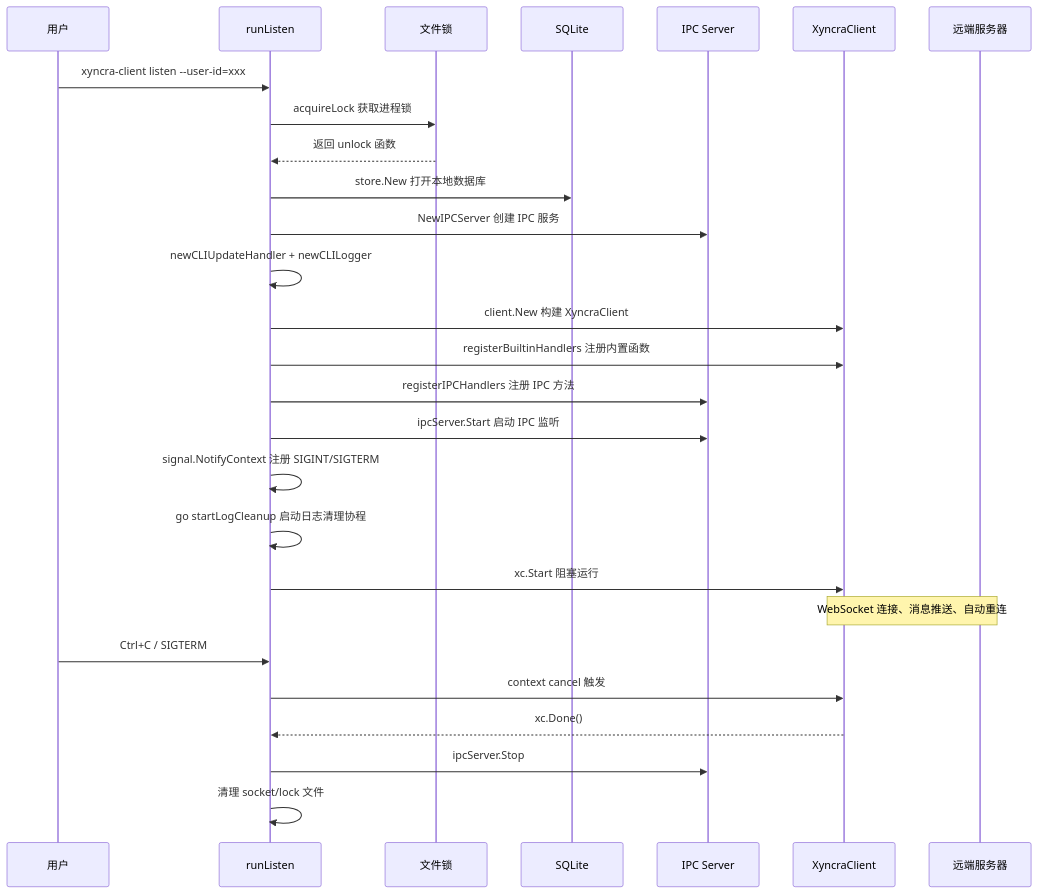
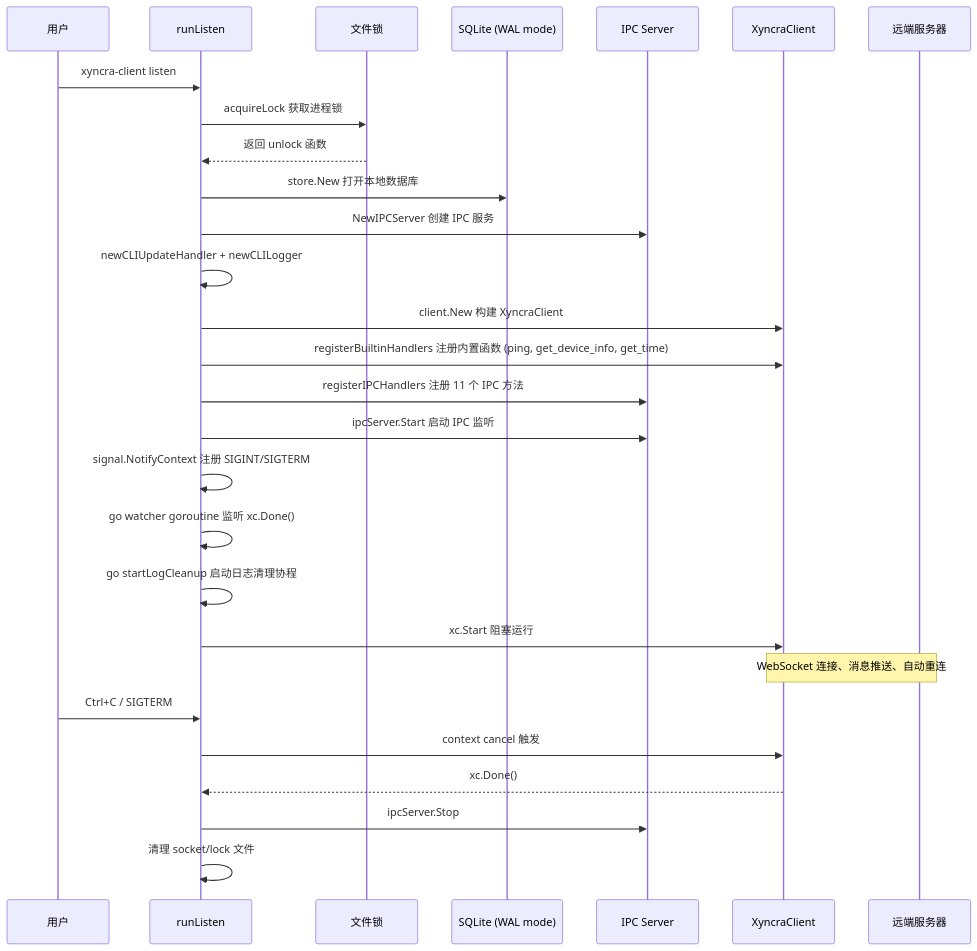
One commit to PineappleBond/xyncra-server changed the fourth of 14 diagrams in wiki/flows/cli-observability.md. Above: the diagram before and after it, drawn with Mermaid. The commit also changed other lines of this file and 21 other files, not shown here.

````diff
--- a/wiki/flows/cli-observability.md
+++ b/wiki/flows/cli-observability.md
@@ -147,32 +144,33 @@
 ```mermaid
 sequenceDiagram
     participant User as 用户
     participant CLI as runListen
     participant Lock as 文件锁
-    participant DB as SQLite
+    participant DB as SQLite (WAL mode)
     participant IPC as IPC Server
     participant Client as XyncraClient
     participant Server as 远端服务器
 
-    User->>CLI: xyncra-client listen --user-id=xxx
+    User->>CLI: xyncra-client listen
     CLI->>Lock: acquireLock 获取进程锁
     Lock-->>CLI: 返回 unlock 函数
     CLI->>DB: store.New 打开本地数据库
     CLI->>IPC: NewIPCServer 创建 IPC 服务
     CLI->>CLI: newCLIUpdateHandler + newCLILogger
     CLI->>Client: client.New 构建 XyncraClient
-    CLI->>Client: registerBuiltinHandlers 注册内置函数
-    CLI->>IPC: registerIPCHandlers 注册 IPC 方法
+    CLI->>Client: registerBuiltinHandlers 注册内置函数 (ping, get_device_info, get_time)
+    CLI->>IPC: registerIPCHandlers 注册 11 个 IPC 方法
     CLI->>IPC: ipcServer.Start 启动 IPC 监听
     CLI->>CLI: signal.NotifyContext 注册 SIGINT/SIGTERM
+    CLI->>CLI: go watcher goroutine 监听 xc.Done()
     CLI->>CLI: go startLogCleanup 启动日志清理协程
     CLI->>Client: xc.Start 阻塞运行
 
     Note over Client,Server: WebSocket 连接、消息推送、自动重连
 
     User->>CLI: Ctrl+C / SIGTERM
     CLI->>Client: context cancel 触发
     Client-->>CLI: xc.Done()
     CLI->>IPC: ipcServer.Stop
     CLI->>CLI: 清理 socket/lock 文件
 ```
````
